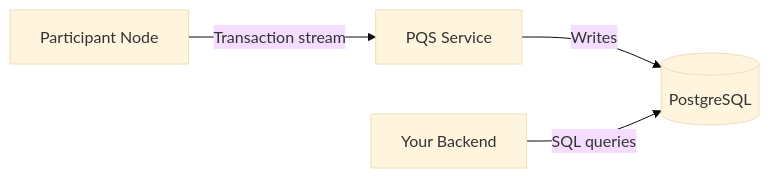
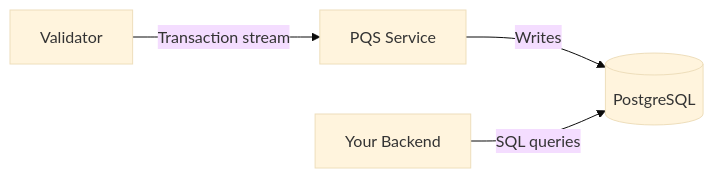
Before and after one commit to canton-network/cf-docs: the diagram in docs-main/sdks-tools/development-tools/pqs.mdx, drawn with Mermaid (base theme). The commit also changed other lines of this file and 5 other files, not shown here.

Commit message:
Fix deprecated domains→synchronizers, participant node→validator terminology

````diff
--- a/docs-main/sdks-tools/development-tools/pqs.mdx
+++ b/docs-main/sdks-tools/development-tools/pqs.mdx
@@ -12,6 +12,6 @@
 ```mermaid
 flowchart LR
-    PART[Participant Node] -->|Transaction stream| PQS[PQS Service]
+    PART[Validator] -->|Transaction stream| PQS[PQS Service]
     PQS -->|Writes| PG[(PostgreSQL)]
     BACKEND[Your Backend] -->|SQL queries| PG
 ```
````
